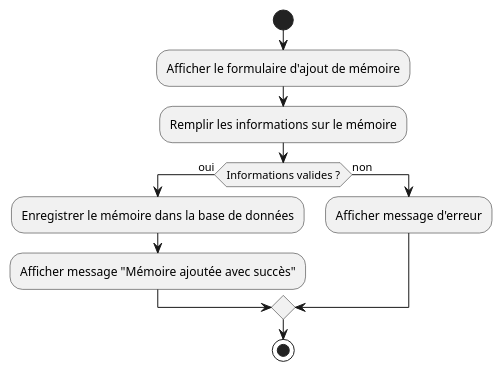
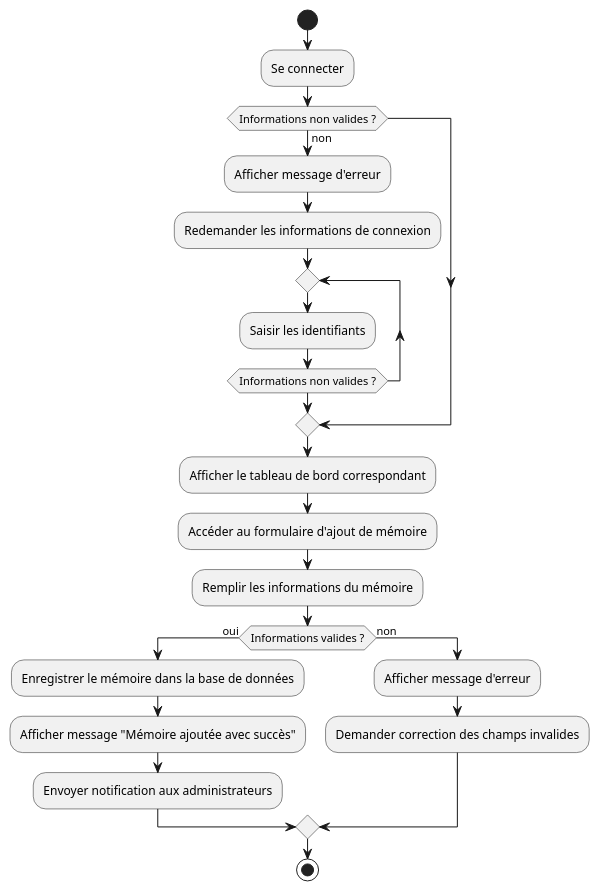
Before and after one commit to Aisstou03/memos: the diagram in Gestion_Memoire_These/src/diagrammes/diagramme_Activite.puml, drawn with PlantUML. The commit also changed other lines of this file and 21 other files, not shown here.

Commit message:
diagrammes

```diff
--- a/Gestion_Memoire_These/src/diagrammes/diagramme_Activite.puml
+++ b/Gestion_Memoire_These/src/diagrammes/diagramme_Activite.puml
@@ -1,12 +1,25 @@
 @startuml AddMemoryActivity
 start
-:Afficher le formulaire d'ajout de mémoire;
-:Remplir les informations sur le mémoire;
+:Se connecter;
+if (Informations non valides ?) then (non)
+    :Afficher message d'erreur;
+    :Redemander les informations de connexion;
+    repeat
+    :Saisir les identifiants;
+    repeat while (Informations non valides ?)
+endif
+
+:Afficher le tableau de bord correspondant;
+:Accéder au formulaire d'ajout de mémoire;
+:Remplir les informations du mémoire;
 if (Informations valides ?) then (oui)
     :Enregistrer le mémoire dans la base de données;
     :Afficher message "Mémoire ajoutée avec succès";
+    :Envoyer notification aux administrateurs;
 else (non)
     :Afficher message d'erreur;
+    :Demander correction des champs invalides;
 endif
+
 stop
 @enduml
```
